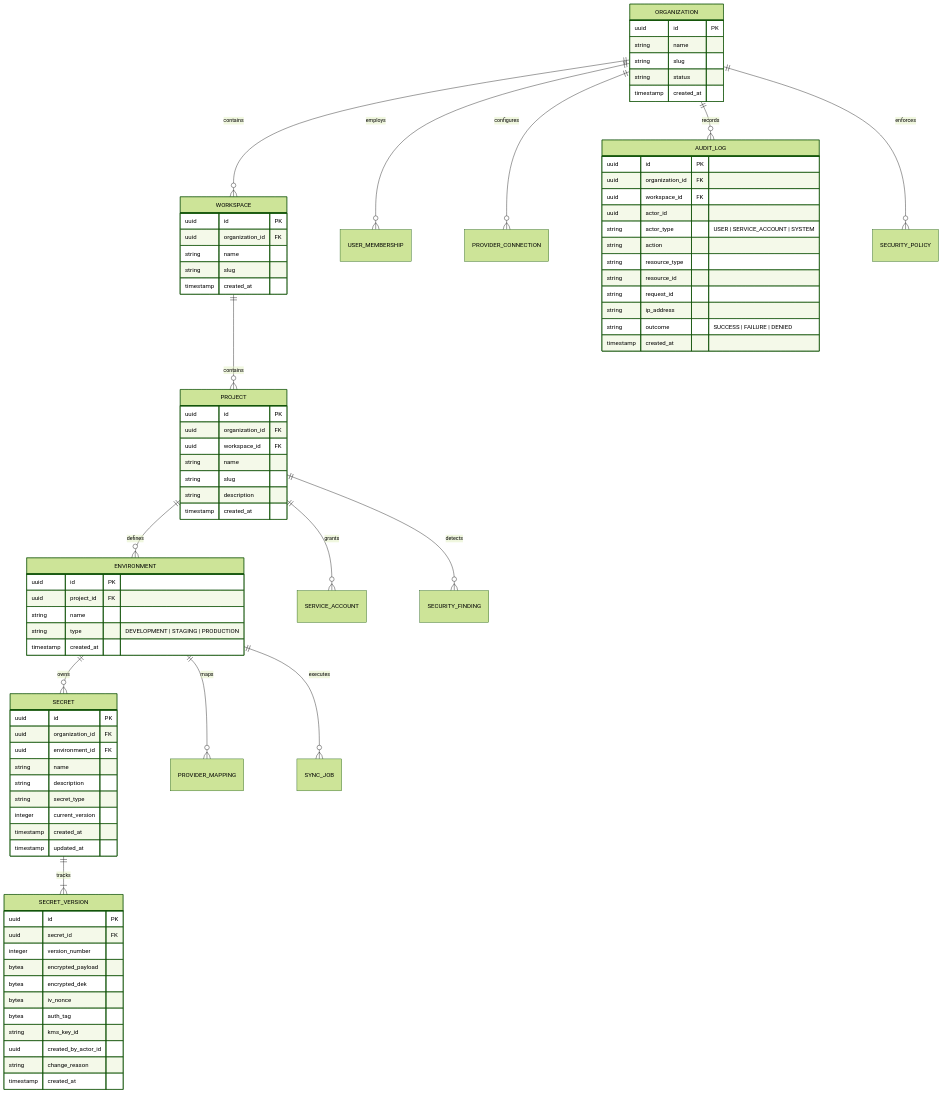
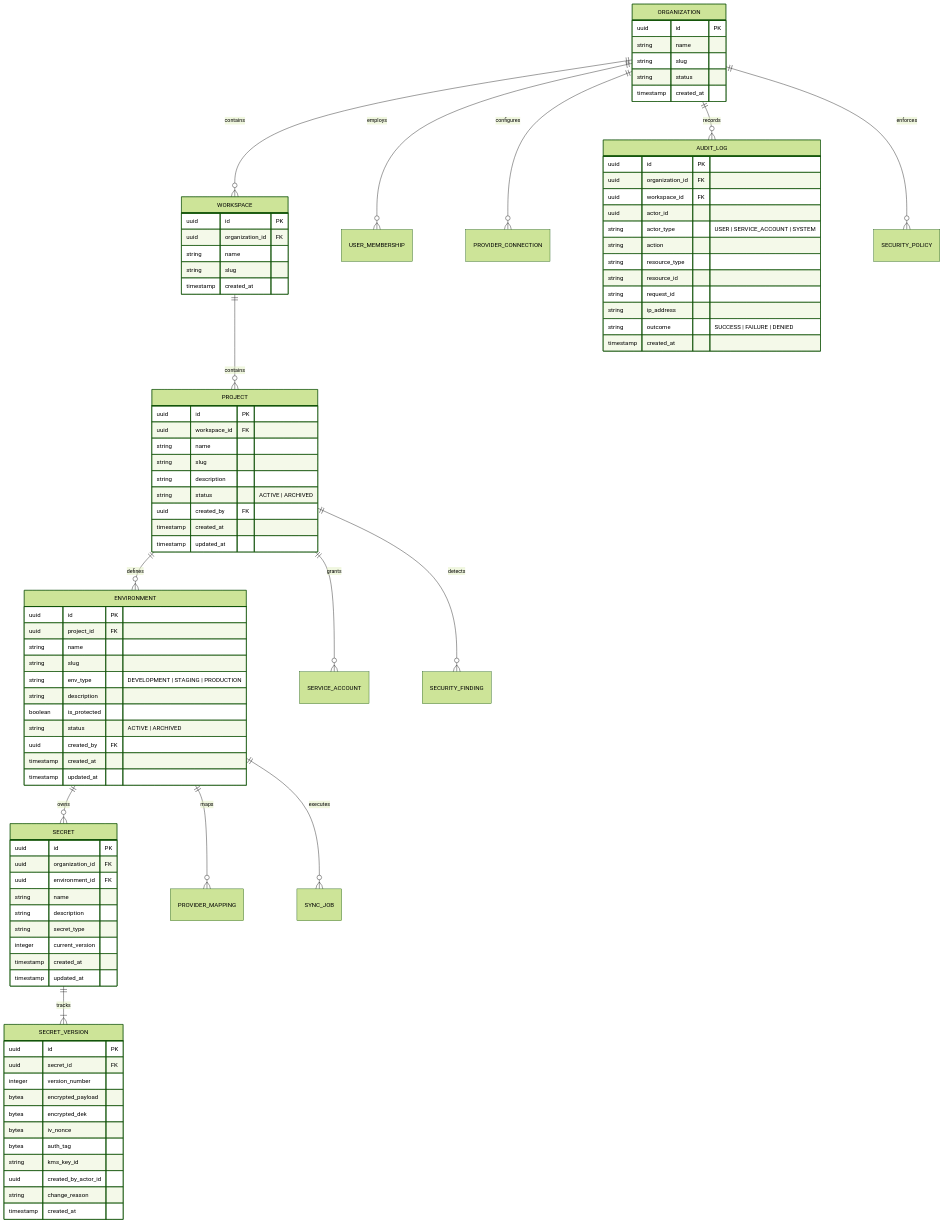
Before and after one commit to Hrushi4151/SecretVault: the diagram in docs/DATABASE.md, drawn with Mermaid (forest theme). The commit also changed other lines of this file and 35 other files, not shown here.

```diff
--- a/docs/DATABASE.md
+++ b/docs/DATABASE.md
@@ -58,20 +61,28 @@
 
     PROJECT {
         uuid id PK
-        uuid organization_id FK
         uuid workspace_id FK
         string name
         string slug
         string description
+        string status "ACTIVE | ARCHIVED"
+        uuid created_by FK
         timestamp created_at
+        timestamp updated_at
     }
 
     ENVIRONMENT {
         uuid id PK
         uuid project_id FK
         string name
-        string type "DEVELOPMENT | STAGING | PRODUCTION"
+        string slug
+        string env_type "DEVELOPMENT | STAGING | PRODUCTION"
+        string description
+        boolean is_protected
+        string status "ACTIVE | ARCHIVED"
+        uuid created_by FK
         timestamp created_at
+        timestamp updated_at
     }
 
     SECRET {
```
